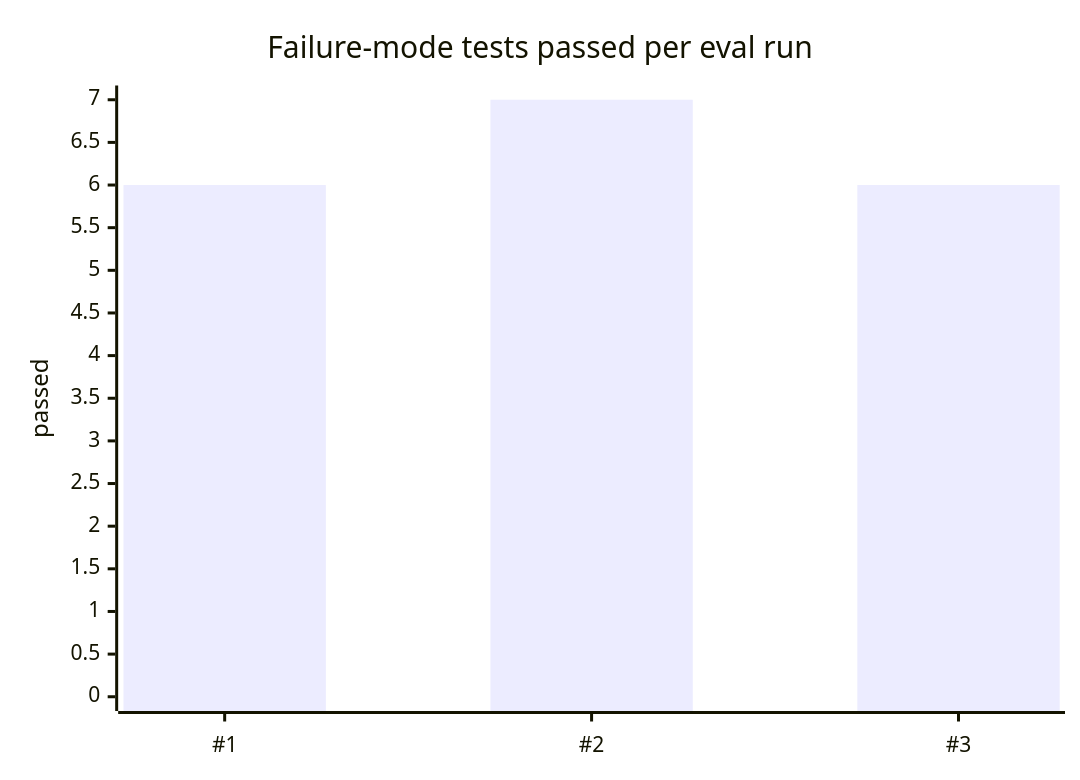
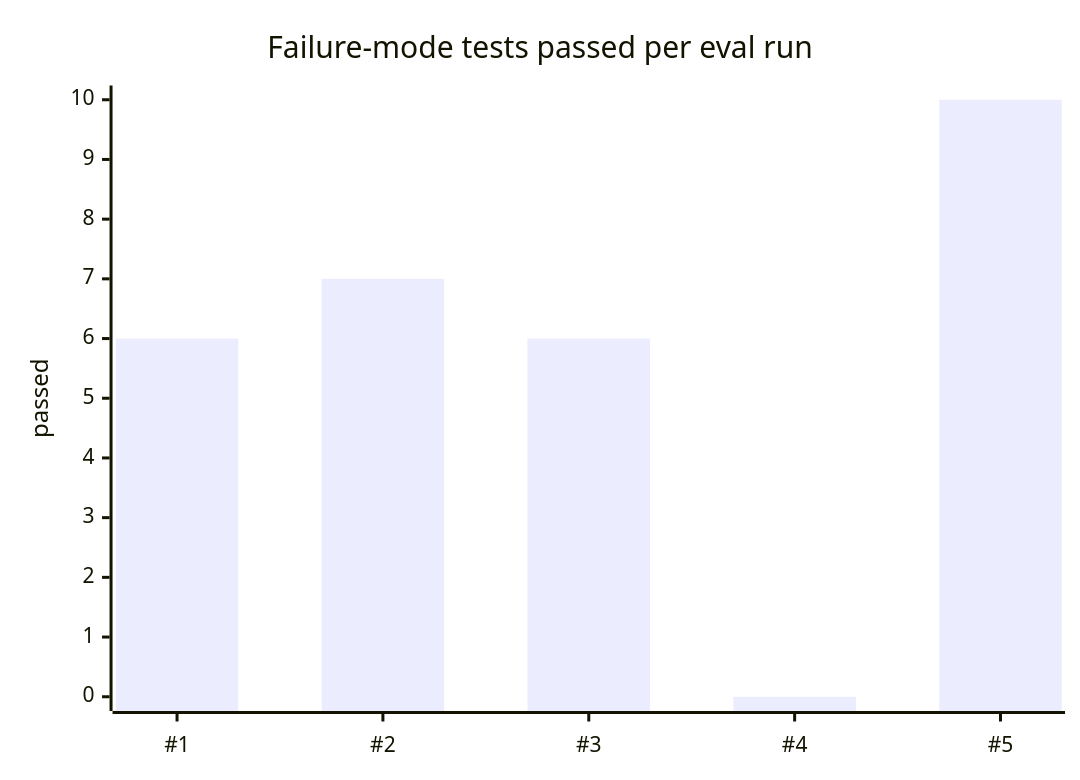
Before and after one commit to harishv27/ai-interview-coach: the second of 2 diagrams in docs/PERFORMANCE.md, drawn with Mermaid. The commit also changed other lines of this file and 15 other files, not shown here.

````diff
--- a/docs/PERFORMANCE.md
+++ b/docs/PERFORMANCE.md
@@ -30,7 +30,7 @@
 ```mermaid
 xychart-beta
     title "Failure-mode tests passed per eval run"
-    x-axis ["#1", "#2", "#3"]
-    y-axis "passed" 0 --> 7
-    bar [6, 7, 6]
+    x-axis ["#1", "#2", "#3", "#4", "#5"]
+    y-axis "passed" 0 --> 10
+    bar [6, 7, 6, 0, 10]
 ```
````
